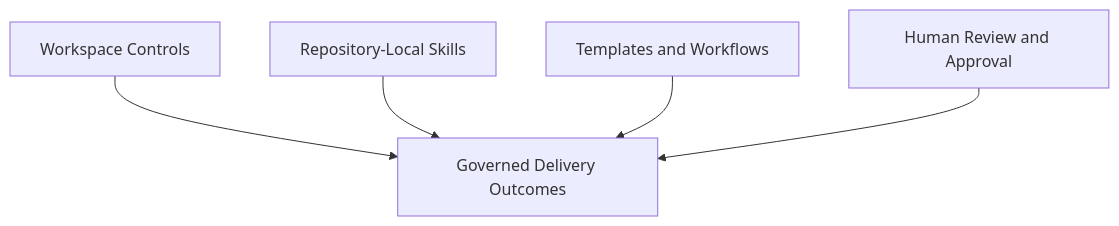
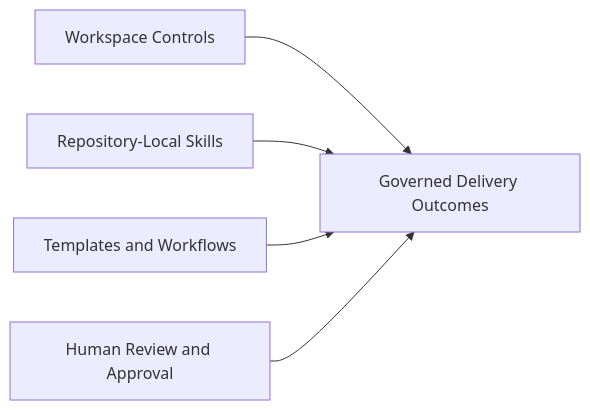
Before and after one commit to refat-asadullah-creolytix-dev/refat-asadullah-creolytix-dev: the ninth of 15 diagrams in creolytix-ai-delivery-model-github-safe.md, drawn with Mermaid. The commit also changed other lines of this file, not shown here.

Commit message:
Tighten tone and add stronger executive visuals to AI delivery model

````diff
--- a/creolytix-ai-delivery-model-github-safe.md
+++ b/creolytix-ai-delivery-model-github-safe.md
@@ -262,13 +271,7 @@
 ```mermaid
-flowchart TB
-    A[Workspace Controls]
-    B[Repository-Local Skills]
-    C[Templates and Workflows]
-    D[Human Review and Approval]
-    E[Governed Delivery Outcomes]
-
-    A --> E
-    B --> E
-    C --> E
-    D --> E
+flowchart LR
+    A[Workspace Controls] --> E[Governed Delivery Outcomes]
+    B[Repository-Local Skills] --> E
+    C[Templates and Workflows] --> E
+    D[Human Review and Approval] --> E
 ```
````
